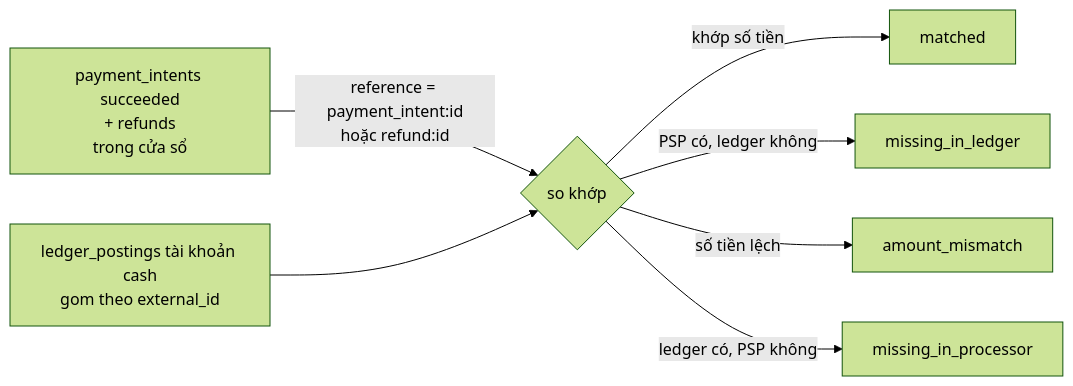
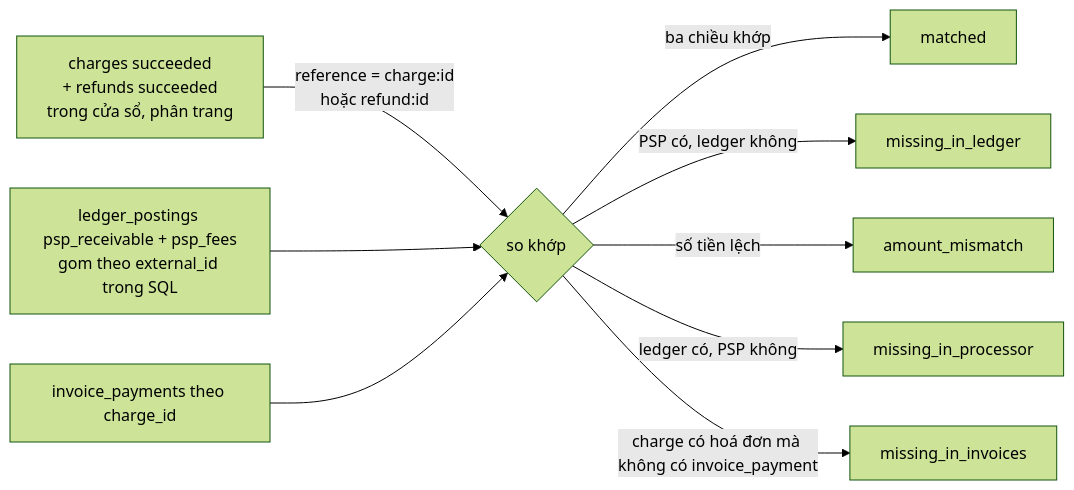
The diagram in docs/flows/11-reporting-reconciliation.md (anhquang296/pinstripe), drawn with Mermaid (forest theme) before and after one commit. The commit also changed other lines of this file and 5 other files, not shown here.

First line of the commit message:
docs: ADR 0020 cho dòng tiền, cập nhật flow 06/07/10/11 và PITFALLS

````diff
--- a/docs/flows/11-reporting-reconciliation.md
+++ b/docs/flows/11-reporting-reconciliation.md
@@ -35,9 +37,11 @@
 ```mermaid
 flowchart LR
-    A["payment_intents succeeded<br/>+ refunds<br/>trong cửa sổ"] -->|"reference = payment_intent:id<br/>hoặc refund:id"| C{so khớp}
-    B["ledger_postings tài khoản cash<br/>gom theo external_id"] --> C
-    C -->|"khớp số tiền"| M[matched]
+    A["charges succeeded<br/>+ refunds succeeded<br/>trong cửa sổ, phân trang"] -->|"reference = charge:id<br/>hoặc refund:id"| C{so khớp}
+    B["ledger_postings psp_receivable + psp_fees<br/>gom theo external_id trong SQL"] --> C
+    D["invoice_payments theo charge_id"] --> C
+    C -->|"ba chiều khớp"| M[matched]
     C -->|"PSP có, ledger không"| E1[missing_in_ledger]
     C -->|"số tiền lệch"| E2[amount_mismatch]
     C -->|"ledger có, PSP không"| E3[missing_in_processor]
+    C -->|"charge có hoá đơn mà không có invoice_payment"| E4[missing_in_invoices]
 ```
````
